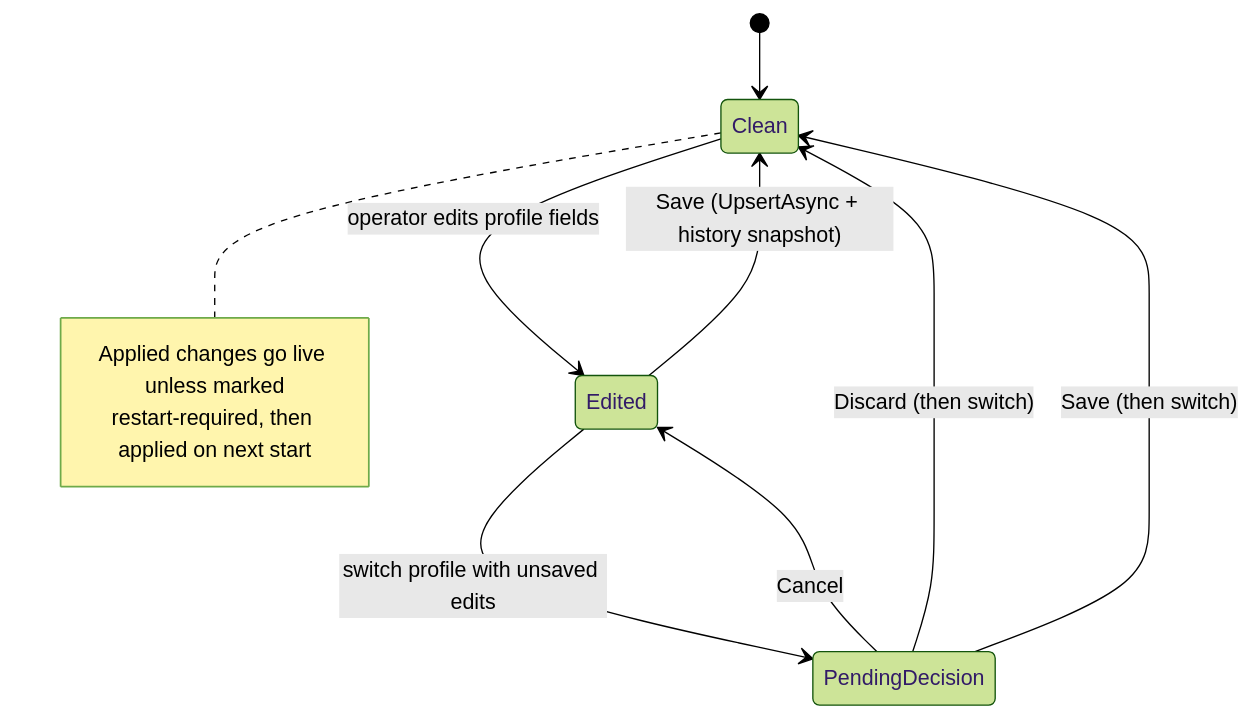
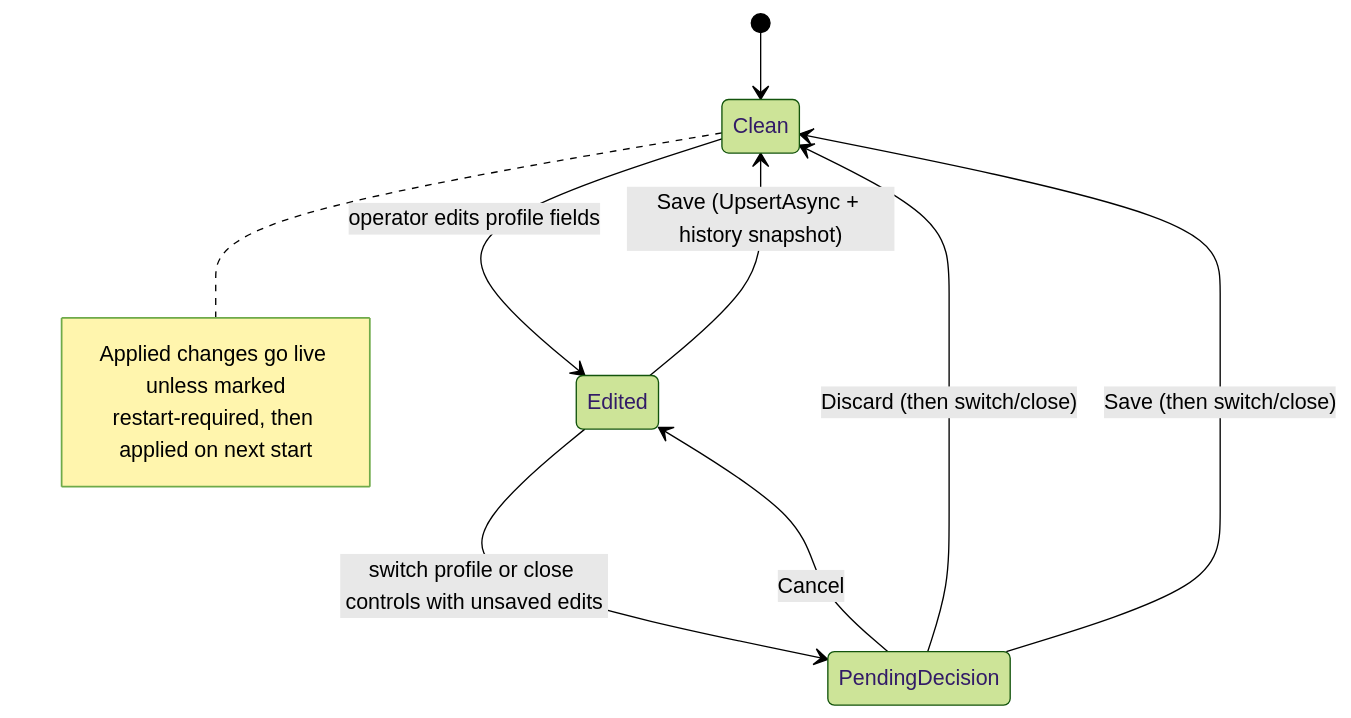
One commit to CometWorks/quasar changed the diagram in Docs/StateMachines/ConfigProfileChanges.md. Above: the diagram before and after it, drawn with Mermaid (forest theme). The commit also changed other lines of this file and 19 other files, not shown here.

````diff
--- a/Docs/StateMachines/ConfigProfileChanges.md
+++ b/Docs/StateMachines/ConfigProfileChanges.md
@@ -13,14 +15,14 @@
 ```mermaid
 stateDiagram-v2
     [*] --> Clean
     Clean --> Edited: operator edits profile fields
     Edited --> Clean: Save (UpsertAsync + history snapshot)
-    Edited --> PendingDecision: switch profile with unsaved edits
+    Edited --> PendingDecision: switch profile or close controls with unsaved edits
     PendingDecision --> Edited: Cancel
-    PendingDecision --> Clean: Discard (then switch)
-    PendingDecision --> Clean: Save (then switch)
+    PendingDecision --> Clean: Discard (then switch/close)
+    PendingDecision --> Clean: Save (then switch/close)
     note right of Clean
         Applied changes go live unless marked
         restart-required, then applied on next start
     end note
 ```
````
